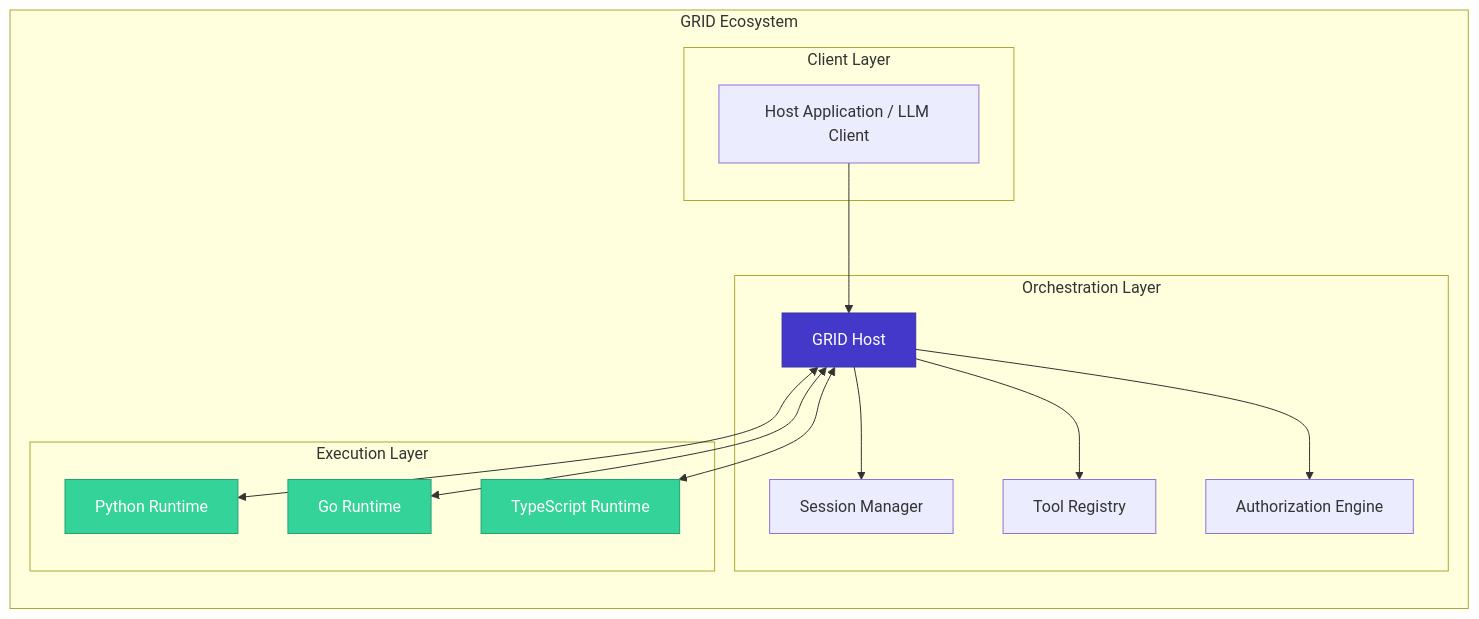
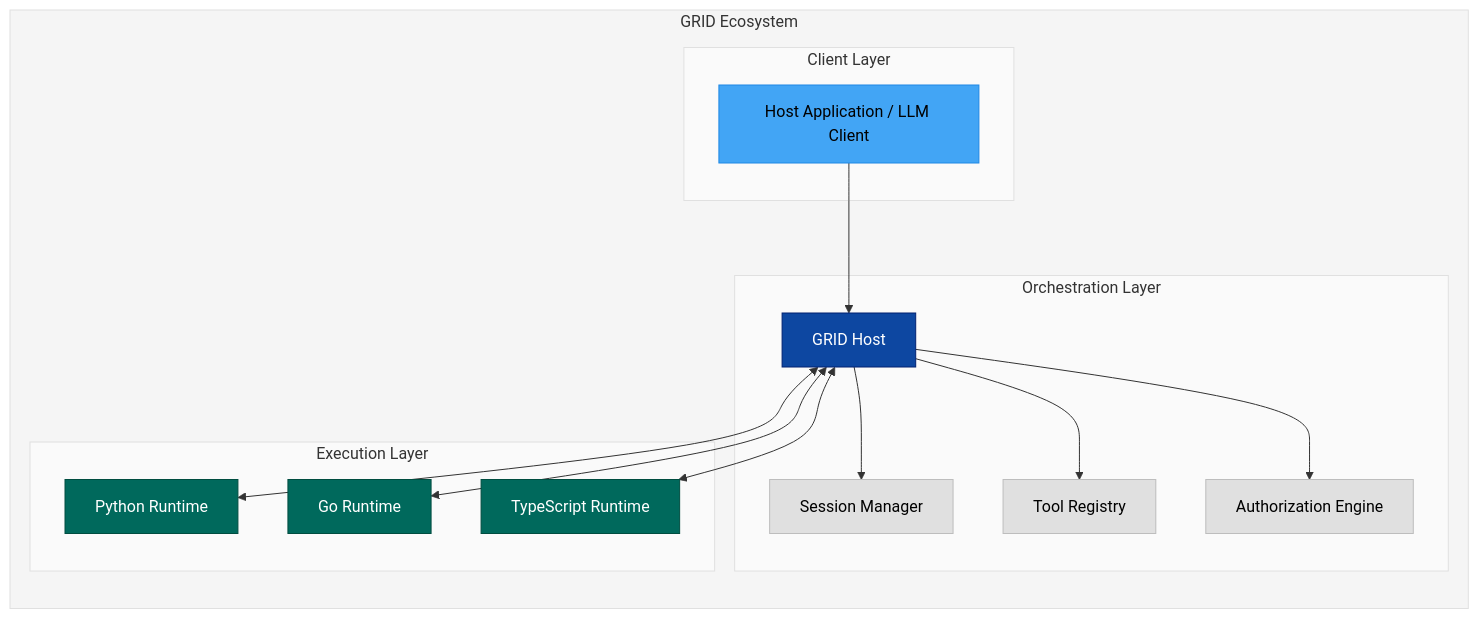
Before and after one commit to nshkrdotcom/ALTAR: the first of 3 diagrams in specs/03-grid-protocol/README.md, drawn with Mermaid. The commit also changed 1 other file, not shown here.

Commit message:
mermaid styles

````diff
--- a/specs/03-grid-protocol/README.md
+++ b/specs/03-grid-protocol/README.md
@@ -28,35 +28,53 @@
 ```mermaid
 graph LR
-    subgraph "GRID Ecosystem"
-        subgraph "Client Layer"
+    subgraph GE["GRID Ecosystem"]
+        subgraph CL["Client Layer"]
             APP[Host Application / LLM Client]
         end
         
-        subgraph "Orchestration Layer"
+        subgraph OL["Orchestration Layer"]
             HOST[GRID Host]
             SM[Session Manager]
             TR[Tool Registry]
             AUTH[Authorization Engine]
             
             HOST --> SM
             HOST --> TR
             HOST --> AUTH
         end
         
-        subgraph "Execution Layer"
+        subgraph EL["Execution Layer"]
             RT1[Python Runtime]
             RT2[Go Runtime]
             RT3[TypeScript Runtime]
         end
     end
     
+    %% --- Connections ---
     APP --> HOST
     HOST <--> RT1
     HOST <--> RT2
     HOST <--> RT3
     
-    style HOST fill:#4338ca,stroke:#3730a3,color:#ffffff
-    style RT1 fill:#34d399,stroke:#25a274,color:#ffffff
-    style RT2 fill:#34d399,stroke:#25a274,color:#ffffff
-    style RT3 fill:#34d399,stroke:#25a274,color:#ffffff
+    %% --- Professional Color Scheme ---
+    
+    %% Core Components
+    style HOST fill:#0d47a1,stroke:#002171,color:#ffffff
+    style APP fill:#42a5f5,stroke:#1e88e5,color:#000000
+
+    %% Orchestration Sub-components
+    style SM fill:#e0e0e0,stroke:#bdbdbd,color:#000000
+    style TR fill:#e0e0e0,stroke:#bdbdbd,color:#000000
+    style AUTH fill:#e0e0e0,stroke:#bdbdbd,color:#000000
+    
+    %% Execution Runtimes
+    style RT1 fill:#00695c,stroke:#004d40,color:#ffffff
+    style RT2 fill:#00695c,stroke:#004d40,color:#ffffff
+    style RT3 fill:#00695c,stroke:#004d40,color:#ffffff
+    
+    %% Backgrounds & Layers
+    style GE fill:#f5f5f5,stroke:#e0e0e0
+    style CL fill:#fafafa,stroke:#e0e0e0
+    style OL fill:#fafafa,stroke:#e0e0e0
+    style EL fill:#fafafa,stroke:#e0e0e0
 ```
````
